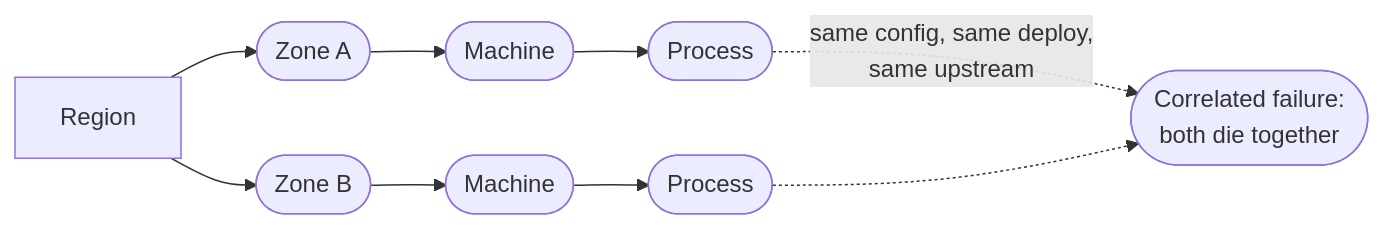
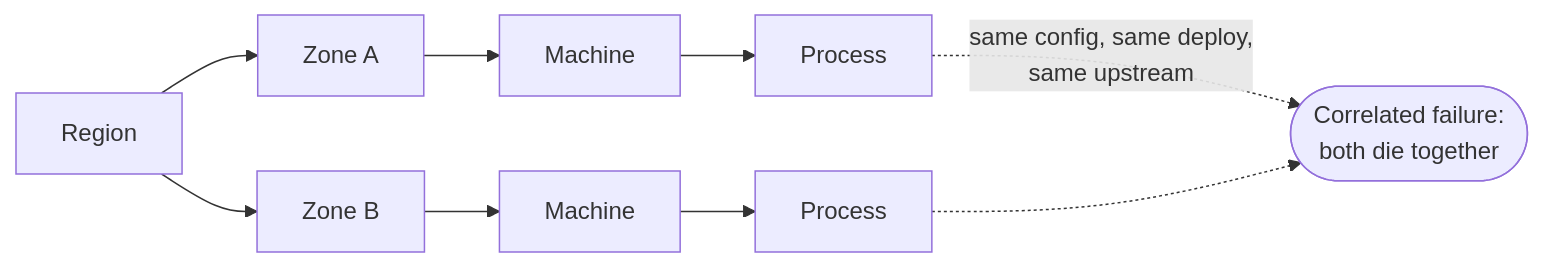
One commit to Laticent/lattice changed diagram 13 of 19 in examples/system-design-foundations.md. Above: the diagram before and after it, drawn with Mermaid. The commit also changed other lines of this file and 1 other file, not shown here.

````diff
--- a/examples/system-design-foundations.md
+++ b/examples/system-design-foundations.md
@@ -1575,7 +1575,7 @@
 ```mermaid
 flowchart LR
-  R["Region"] --> Z1(["Zone A"]) --> M1(["Machine"]) --> P1(["Process"])
-  R --> Z2(["Zone B"]) --> M2(["Machine"]) --> P2(["Process"])
+  R["Region"] --> Z1["Zone A"] --> M1["Machine"] --> P1["Process"]
+  R --> Z2["Zone B"] --> M2["Machine"] --> P2["Process"]
   P1 -.->|"same config, same deploy,<br/>same upstream"| C(["Correlated failure:<br/>both die together"])
   P2 -.-> C
 ```
````
